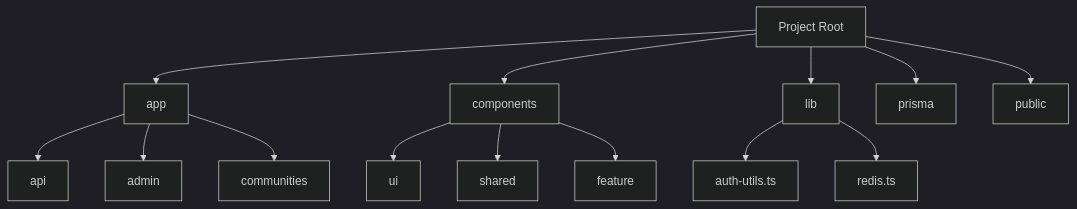
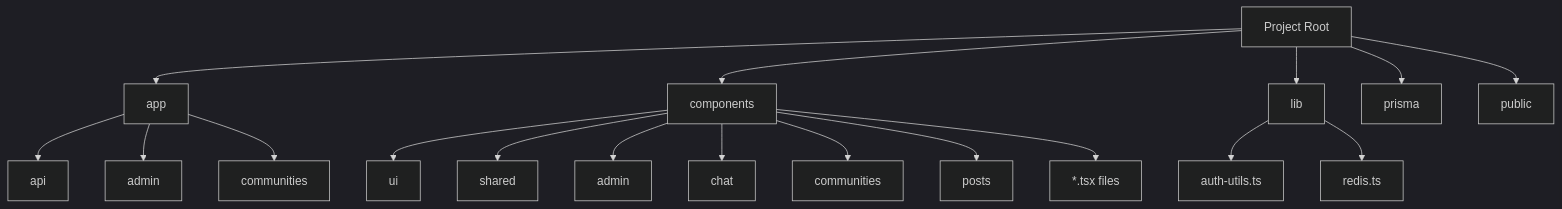
The second of 2 diagrams in docs/PROJECT_STRUCTURE.md (Mrbaeksang/developers_community), drawn with Mermaid (dark theme) before and after one commit. The commit also changed other lines of this file and 24 other files, not shown here.

````diff
--- a/docs/PROJECT_STRUCTURE.md
+++ b/docs/PROJECT_STRUCTURE.md
@@ -58,16 +60,20 @@
 ```mermaid
 graph TD
 A[Project Root] --> B[app]
 A --> C[components]
 A --> D[lib]
 A --> E[prisma]
 A --> F[public]
 B --> G[api]
 B --> H[admin]
 B --> I[communities]
 C --> J[ui]
 C --> K[shared]
-C --> L[feature]
-D --> M[auth-utils.ts]
-D --> N[redis.ts]
+C --> L[admin]
+C --> M[chat]
+C --> N[communities]
+C --> O[posts]
+C --> P[*.tsx files]
+D --> Q[auth-utils.ts]
+D --> R[redis.ts]
 ```
````
